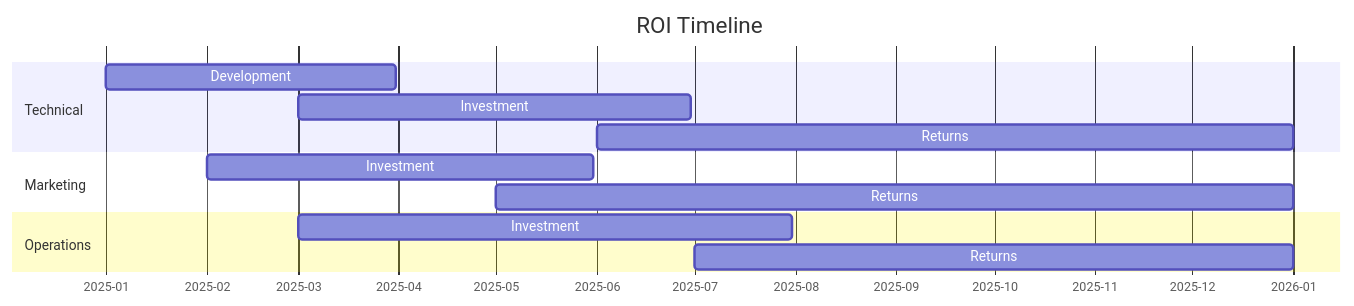
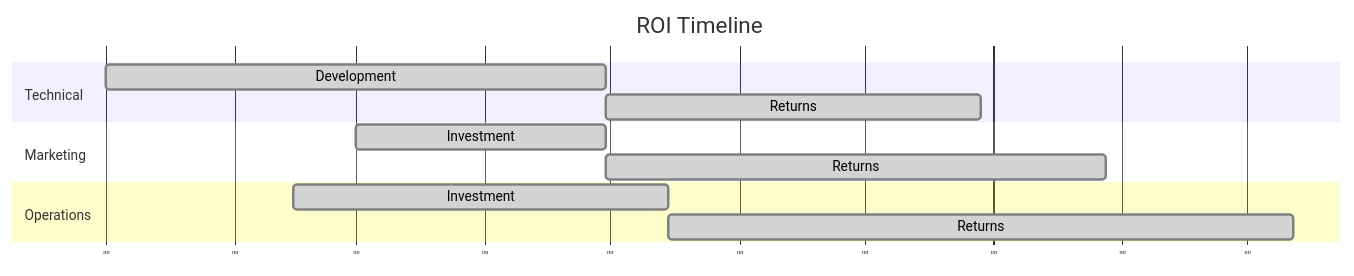
One commit to MEMEFANS/memefans changed the third of 13 diagrams in docs/whitepaper/product-features.md. Above: the diagram before and after it, drawn with Mermaid. The commit also changed other lines of this file, not shown here.

Commit message:
更新ROI时间轴图表：移除时间轴数字和红线

````diff
--- a/docs/whitepaper/product-features.md
+++ b/docs/whitepaper/product-features.md
@@ -139,20 +139,18 @@
 ```mermaid
 gantt
     title ROI Timeline
-    dateFormat YYYY-MM-DD
-    axisFormat %Y-%m
-    todayMarker off
+    dateFormat  YYYY-MM-DD
+    axisFormat ""
     
     section Technical
-    Development :2025-01-01, 2025-03-31
-    Investment  :2025-03-01, 2025-06-30
-    Returns     :2025-06-01, 2026-01-01
+    Development    :done, dev1, 2024-01-01, 120d
+    Returns        :done, ret1, after dev1, 90d
     
     section Marketing
-    Investment  :2025-02-01, 2025-05-31
-    Returns     :2025-05-01, 2026-01-01
+    Investment     :done, inv1, 2024-03-01, 60d
+    Returns        :done, ret2, after inv1, 120d
     
     section Operations
-    Investment  :2025-03-01, 2025-07-31
-    Returns     :2025-07-01, 2026-01-01
+    Investment     :done, inv2, 2024-02-15, 90d
+    Returns        :done, ret3, after inv2, 150d
 ```
````
